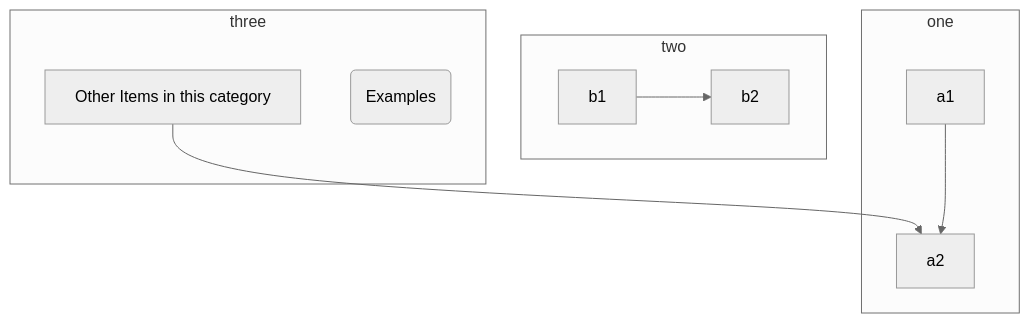
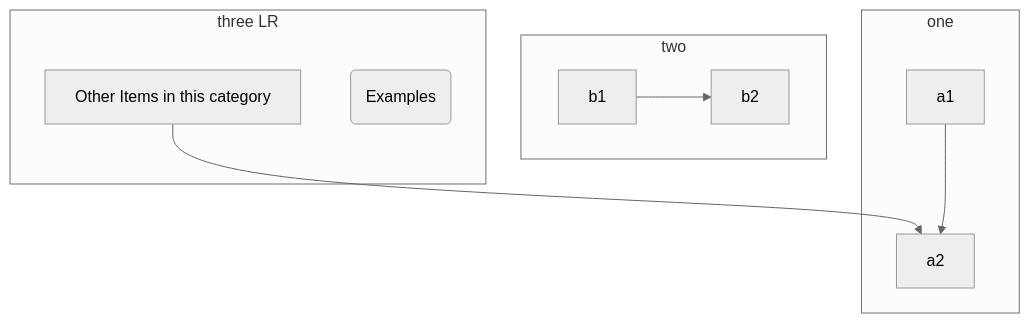
Before and after one commit to gerbssusd/dok: the diagram in slides.md, drawn with Mermaid (neutral theme).

````diff
--- a/slides.md
+++ b/slides.md
@@ -217,20 +217,20 @@
 ```mermaid
 flowchart TB
     c1-->a2
     subgraph one
     a1-->a2
     end
     subgraph two
     b1-->b2
     end
-    subgraph three 
+    subgraph three LR
     c1[Other Items in this category] 
     c2(Examples)
     end
 
 
 
 
 
 
 ```
````
